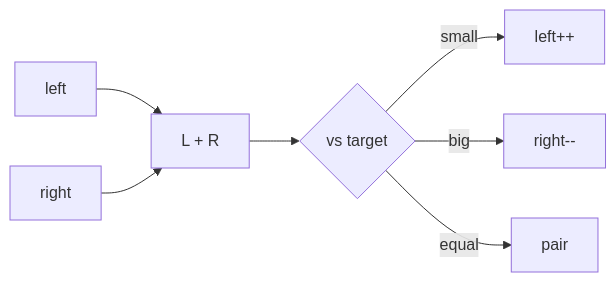
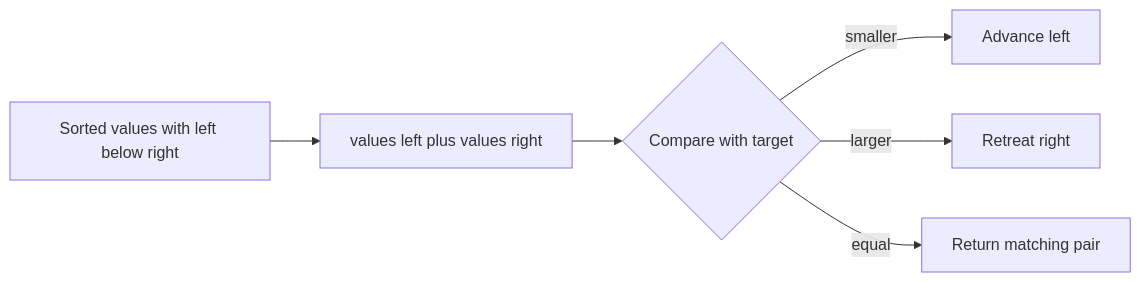
Before and after one commit to jdodsoncollins/study-material: the diagram in lessons/algorithms/patterns/two-pointers/viz/squeeze.md, drawn with Mermaid. The commit also changed 175 other files, not shown here.

````diff
--- a/lessons/algorithms/patterns/two-pointers/viz/squeeze.md
+++ b/lessons/algorithms/patterns/two-pointers/viz/squeeze.md
@@ -3,9 +3,8 @@
 ```mermaid
 flowchart LR
-  L[left] --> sum[L + R]
-  R[right] --> sum
-  sum --> cmp{vs target}
-  cmp -->|small| moveL[left++]
-  cmp -->|big| moveR[right--]
-  cmp -->|equal| done[pair]
+  ends[Sorted values with left below right] --> sum[values left plus values right]
+  sum --> cmp{Compare with target}
+  cmp -->|smaller| moveL[Advance left]
+  cmp -->|larger| moveR[Retreat right]
+  cmp -->|equal| done[Return matching pair]
 ```
````
